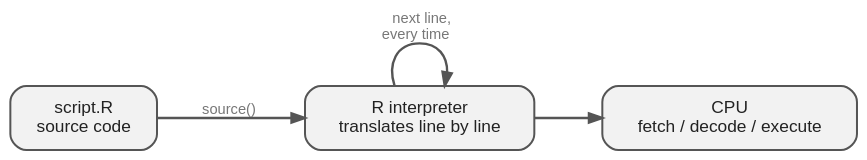
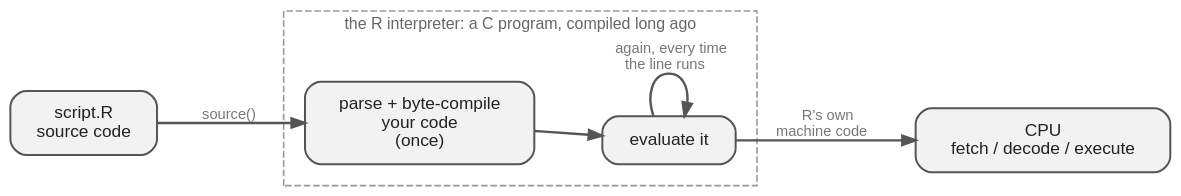
Before and after one commit to UofUEpiBio/PHS7045-advanced-programming: the second of 3 diagrams in 05-cpp/slides.qmd, drawn with Graphviz. The commit also changed other lines of this file and 3 other files, not shown here.

````diff
--- a/05-cpp/slides.qmd
+++ b/05-cpp/slides.qmd
@@ -237,19 +234,28 @@
 ```{dot}
 //| fig-width: 9.5
 digraph r {
   rankdir=LR; bgcolor="transparent"; nodesep=0.45; ranksep=0.7;
   node [shape=box, style="rounded,filled", fillcolor="#f2f2f2", color="#555555",
         fontcolor="#222222", fontname="Helvetica", fontsize=13, penwidth=1.5,
         margin="0.20,0.14"];
   edge [color="#555555", penwidth=1.8, arrowsize=1.0, fontname="Helvetica",
         fontsize=11, fontcolor="#777777"];
 
   src [label="script.R\nsource code"];
-  int [label="R interpreter\ntranslates line by line"];
   cpu [label="CPU\nfetch / decode / execute"];
 
-  src -> int [label="  source()  "];
-  int -> cpu;
-  int -> int [label="  next line,\nevery time  "];
+  subgraph cluster_r {
+    label="the R interpreter: a C program, compiled long ago";
+    fontname="Helvetica"; fontsize=12; fontcolor="#666666";
+    color="#999999"; style=dashed; penwidth=1.2; margin=16;
+
+    parse [label="parse + byte-compile\nyour code\n(once)"];
+    eval  [label="evaluate it"];
+    parse -> eval;
+    eval -> eval [label="  again, every time\nthe line runs  "];
+  }
+
+  src -> parse [label="  source()  "];
+  eval -> cpu [label="  R's own\nmachine code  "];
 }
 ```
````
